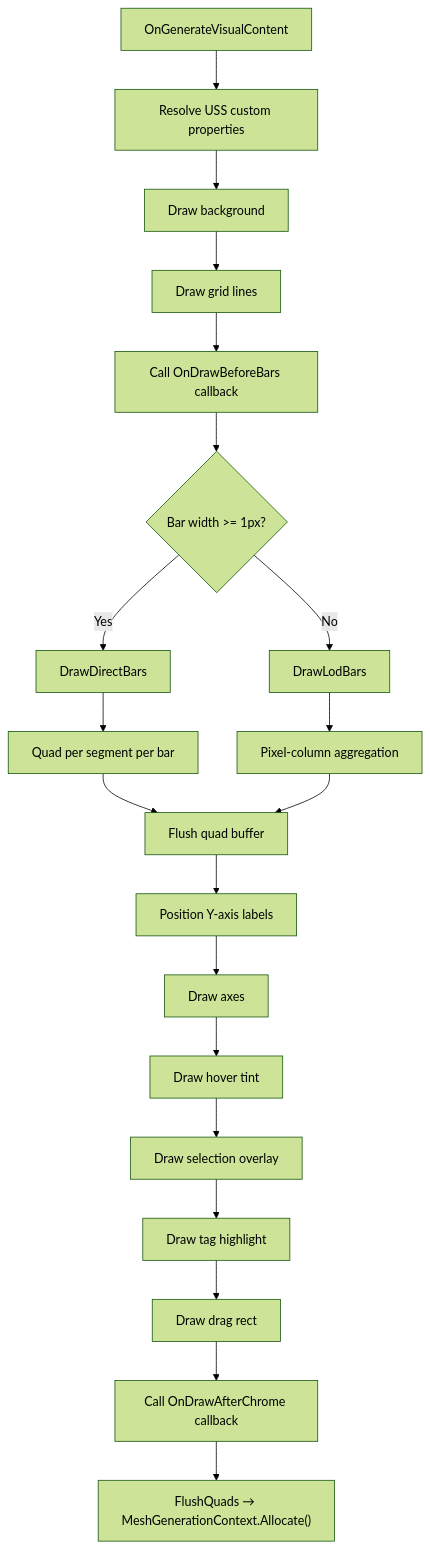
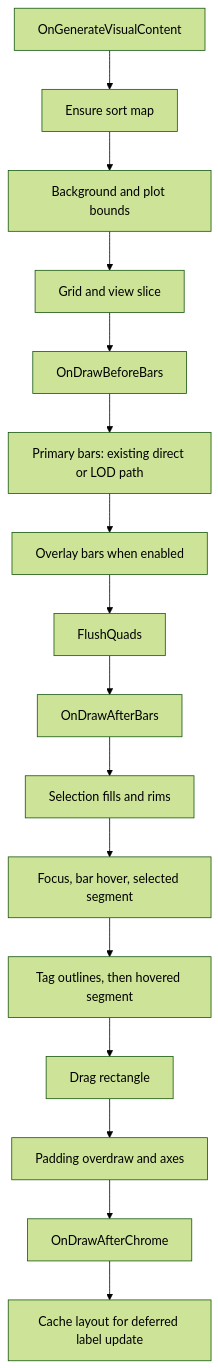
Before and after one commit to EricJRico/GCAllocAnalyzer: the sixth of 8 diagrams in Documentation~/architecture/gcalloc-analyzer-architecture.md, drawn with Mermaid (forest theme). The commit also changed other lines of this file and 12 other files, not shown here.

````diff
--- a/Documentation~/architecture/gcalloc-analyzer-architecture.md
+++ b/Documentation~/architecture/gcalloc-analyzer-architecture.md
@@ -705,22 +709,18 @@
 ```mermaid
 flowchart TD
-    A[OnGenerateVisualContent] --> B[Resolve USS custom properties]
-    B --> C[Draw background]
-    C --> D[Draw grid lines]
-    D --> E[Call OnDrawBeforeBars callback]
-    E --> F{Bar width >= 1px?}
-    F -->|Yes| G[DrawDirectBars]
-    F -->|No| H[DrawLodBars]
-    G --> I["Quad per segment per bar"]
-    H --> J["Pixel-column aggregation"]
-    I --> K[Flush quad buffer]
-    J --> K
-    K --> L[Position Y-axis labels]
-    L --> M[Draw axes]
-    M --> N[Draw hover tint]
-    N --> O[Draw selection overlay]
-    O --> P[Draw tag highlight]
-    P --> Q[Draw drag rect]
-    Q --> R[Call OnDrawAfterChrome callback]
-    R --> S["FlushQuads → MeshGenerationContext.Allocate()"]
+    A[OnGenerateVisualContent] --> B[Ensure sort map]
+    B --> C[Background and plot bounds]
+    C --> D[Grid and view slice]
+    D --> E[OnDrawBeforeBars]
+    E --> F[Primary bars: existing direct or LOD path]
+    F --> G[Overlay bars when enabled]
+    G --> H[FlushQuads]
+    H --> I[OnDrawAfterBars]
+    I --> J[Selection fills and rims]
+    J --> K[Focus, bar hover, selected segment]
+    K --> L[Tag outlines, then hovered segment]
+    L --> M[Drag rectangle]
+    M --> N[Padding overdraw and axes]
+    N --> O[OnDrawAfterChrome]
+    O --> P[Cache layout for deferred label update]
 ```
````
